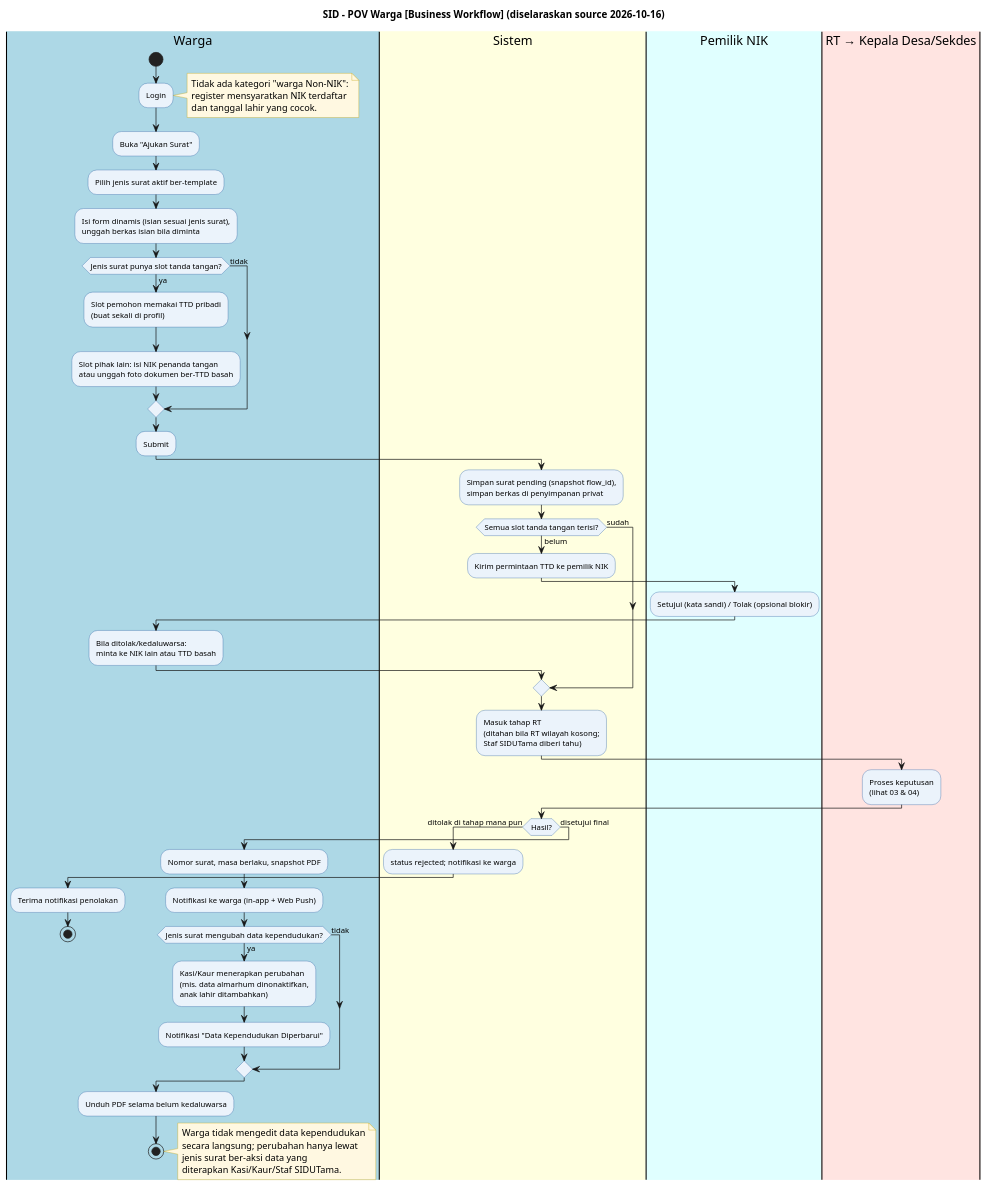
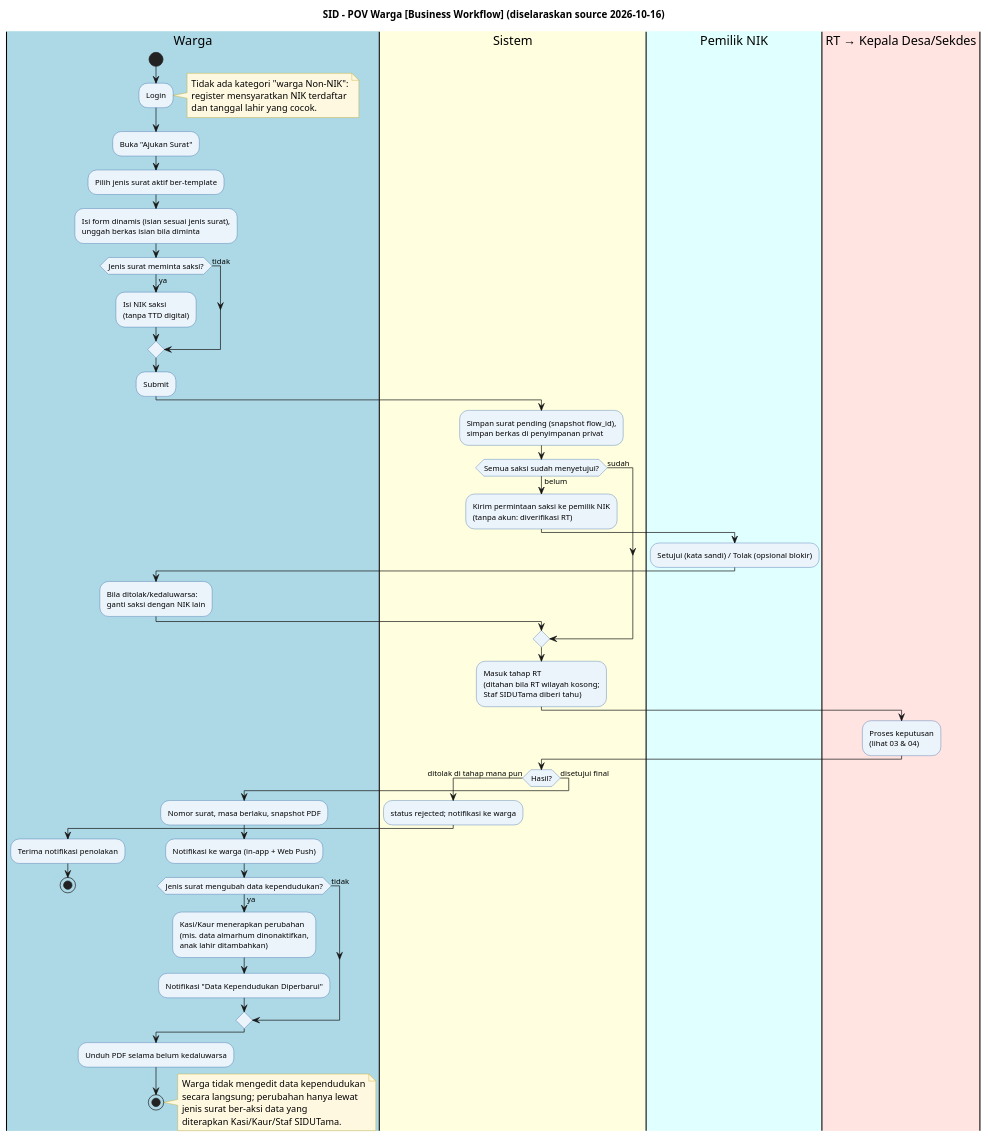
One commit to Vextronode/sid-app changed the diagram in docs/bussines_workflow/02_SID_POV_Warga_NIK_NonNIK.puml. Above: the diagram before and after it, drawn with PlantUML. The commit also changed 172 other files, not shown here.

First line of the commit message:
refactor(surat): hapus TTD digital, surat terbit tanpa TTD/stempel

```diff
--- a/docs/bussines_workflow/02_SID_POV_Warga_NIK_NonNIK.puml
+++ b/docs/bussines_workflow/02_SID_POV_Warga_NIK_NonNIK.puml
@@ -1,76 +1,75 @@
 @startuml
 title SID - POV Warga [Business Workflow] (diselaraskan source 2026-10-16)
 
 skinparam activity {
   BackgroundColor #EBF3FB
   BorderColor #2E5FA3
   FontName Arial
   FontSize 11
 }
 skinparam note {
   BackgroundColor #FFF8E1
   BorderColor #C0A000
 }
 
 |#LightBlue|Warga|
 start
 :Login;
 note right
   Tidak ada kategori "warga Non-NIK":
   register mensyaratkan NIK terdaftar
   dan tanggal lahir yang cocok.
 end note
 :Buka "Ajukan Surat";
 :Pilih jenis surat aktif ber-template;
 :Isi form dinamis (isian sesuai jenis surat),\nunggah berkas isian bila diminta;
-if (Jenis surat punya slot tanda tangan?) then (ya)
-  :Slot pemohon memakai TTD pribadi\n(buat sekali di profil);
-  :Slot pihak lain: isi NIK penanda tangan\natau unggah foto dokumen ber-TTD basah;
+if (Jenis surat meminta saksi?) then (ya)
+  :Isi NIK saksi\n(tanpa TTD digital);
 else (tidak)
 endif
 :Submit;
 
 |#LightYellow|Sistem|
 :Simpan surat pending (snapshot flow_id),\nsimpan berkas di penyimpanan privat;
-if (Semua slot tanda tangan terisi?) then (belum)
-  :Kirim permintaan TTD ke pemilik NIK;
+if (Semua saksi sudah menyetujui?) then (belum)
+  :Kirim permintaan saksi ke pemilik NIK\n(tanpa akun: diverifikasi RT);
   |#LightCyan|Pemilik NIK|
   :Setujui (kata sandi) / Tolak (opsional blokir);
   |#LightBlue|Warga|
-  :Bila ditolak/kedaluwarsa:\nminta ke NIK lain atau TTD basah;
+  :Bila ditolak/kedaluwarsa:\nganti saksi dengan NIK lain;
   |#LightYellow|Sistem|
 else (sudah)
 endif
 :Masuk tahap RT\n(ditahan bila RT wilayah kosong;\nStaf SIDUTama diberi tahu);
 
 |#MistyRose|RT → Kepala Desa/Sekdes|
 :Proses keputusan\n(lihat 03 & 04);
 
 |#LightYellow|Sistem|
 if (Hasil?) then (ditolak di tahap mana pun)
   :status rejected; notifikasi ke warga;
   |#LightBlue|Warga|
   :Terima notifikasi penolakan;
   stop
 else (disetujui final)
   :Nomor surat, masa berlaku, snapshot PDF;
   :Notifikasi ke warga (in-app + Web Push);
   if (Jenis surat mengubah data kependudukan?) then (ya)
     :Kasi/Kaur menerapkan perubahan\n(mis. data almarhum dinonaktifkan,\nanak lahir ditambahkan);
     :Notifikasi "Data Kependudukan Diperbarui";
   else (tidak)
   endif
 endif
 
 |#LightBlue|Warga|
 :Unduh PDF selama belum kedaluwarsa;
 stop
 
 note right
   Warga tidak mengedit data kependudukan
   secara langsung; perubahan hanya lewat
   jenis surat ber-aksi data yang
   diterapkan Kasi/Kaur/Staf SIDUTama.
 end note
 
 @enduml
```
